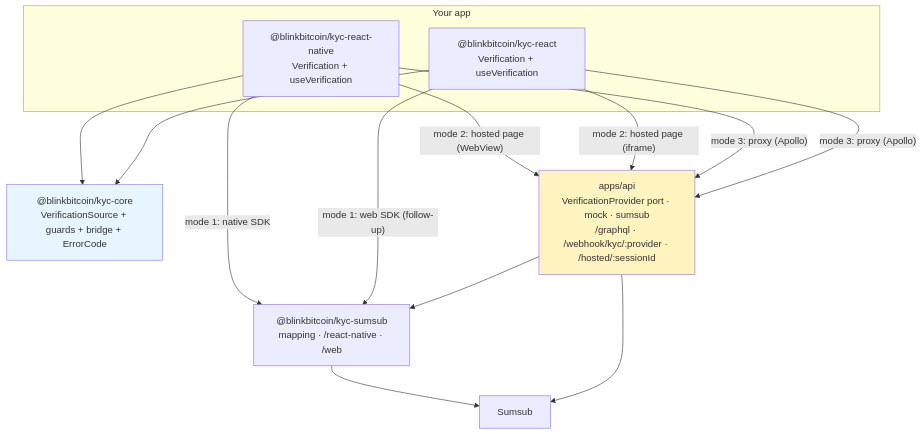
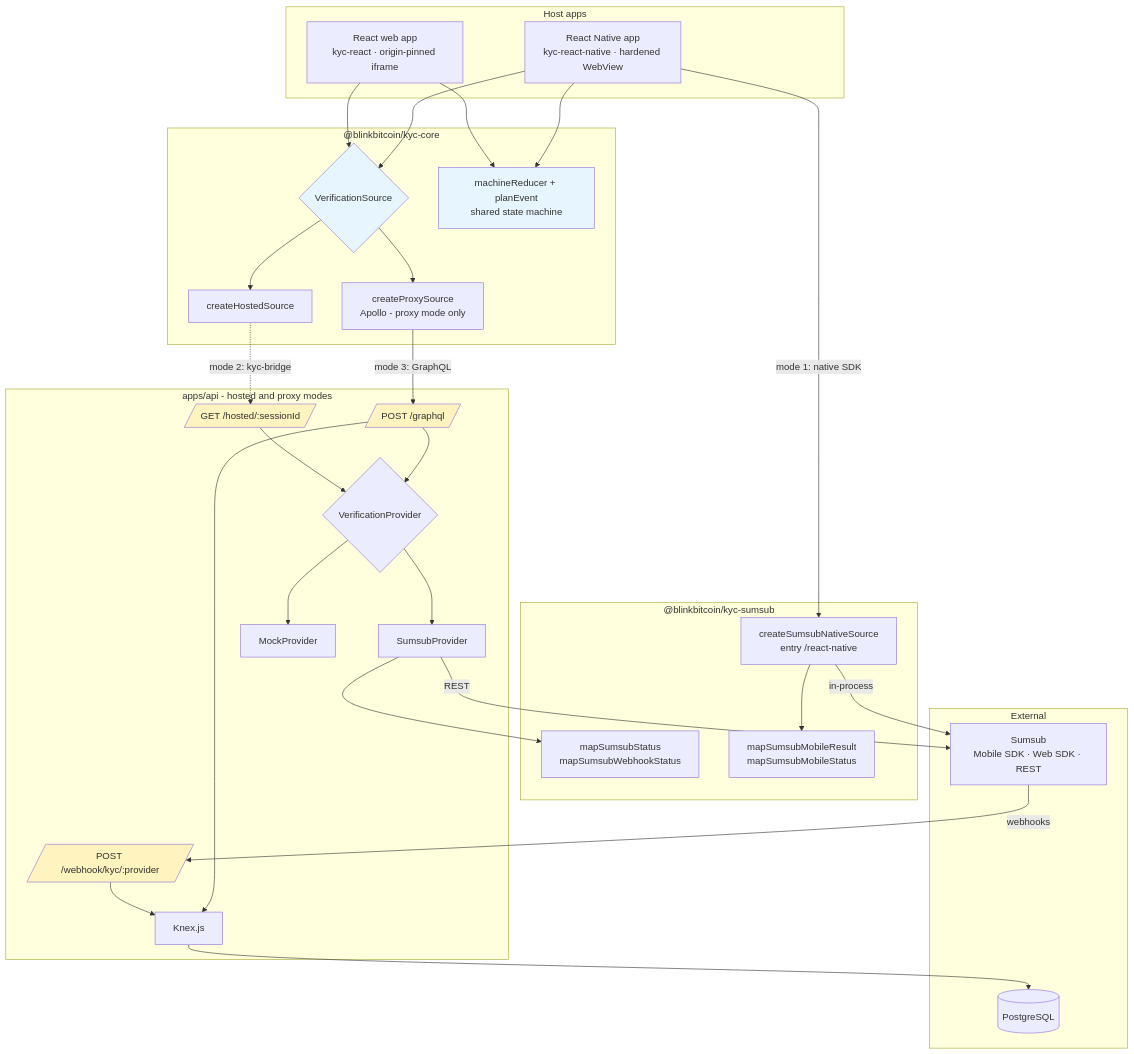
The diagram in docs/diagrams/src/system-architecture.mmd (blinkbitcoin/kyc), drawn with Mermaid before and after one commit. The commit also changed 18 other files, not shown here.

Commit message:
docs: add the eight architecture diagrams and their rendered SVGs

```diff
--- a/docs/diagrams/src/system-architecture.mmd
+++ b/docs/diagrams/src/system-architecture.mmd
@@ -1,22 +1,59 @@
 flowchart TB
-  subgraph host["Your app"]
-    RN["@blinkbitcoin/kyc-react-native<br/>Verification + useVerification"]
-    WEB["@blinkbitcoin/kyc-react<br/>Verification + useVerification"]
-  end
-  CORE["@blinkbitcoin/kyc-core<br/>VerificationSource + guards + bridge + ErrorCode"]
-  SUMSUB["@blinkbitcoin/kyc-sumsub<br/>mapping · /react-native · /web"]
-  API["apps/api<br/>VerificationProvider port · mock · sumsub<br/>/graphql · /webhook/kyc/:provider · /hosted/:sessionId"]
-  PROVIDER["Sumsub"]
-  RN --> CORE
-  WEB --> CORE
-  RN -- "mode 1: native SDK" --> SUMSUB
-  WEB -- "mode 1: web SDK (follow-up)" --> SUMSUB
-  RN -- "mode 2: hosted page (WebView)" --> API
-  WEB -- "mode 2: hosted page (iframe)" --> API
-  RN -- "mode 3: proxy (Apollo)" --> API
-  WEB -- "mode 3: proxy (Apollo)" --> API
-  SUMSUB --> PROVIDER
-  API --> SUMSUB
-  API --> PROVIDER
-  style CORE fill:#e7f5ff
-  style API fill:#fff3bf
+    subgraph Hosts["Host apps"]
+        RN[React Native app<br/>kyc-react-native · hardened WebView]
+        WEB[React web app<br/>kyc-react · origin-pinned iframe]
+    end
+
+    subgraph Core["@blinkbitcoin/kyc-core"]
+        SRC{VerificationSource}
+        MACHINE[machineReducer + planEvent<br/>shared state machine]
+        HOSTED[createHostedSource]
+        PROXY[createProxySource<br/>Apollo - proxy mode only]
+    end
+
+    subgraph Sumsub["@blinkbitcoin/kyc-sumsub"]
+        MAP[mapSumsubStatus<br/>mapSumsubWebhookStatus]
+        NATIVEMAP[mapSumsubMobileResult<br/>mapSumsubMobileStatus]
+        NATIVE[createSumsubNativeSource<br/>entry /react-native]
+    end
+
+    subgraph Backend["apps/api - hosted and proxy modes"]
+        GQL[/"POST /graphql"/]
+        PAGE[/"GET /hosted/:sessionId"/]
+        WH[/"POST /webhook/kyc/:provider"/]
+        PROV{VerificationProvider}
+        SUMP[SumsubProvider]
+        MOCK[MockProvider]
+        KNEX[Knex.js]
+    end
+
+    subgraph External["External"]
+        SDK[Sumsub<br/>Mobile SDK · Web SDK · REST]
+        DB[(PostgreSQL)]
+    end
+
+    RN --> SRC
+    WEB --> SRC
+    RN --> MACHINE
+    WEB --> MACHINE
+    SRC --> HOSTED & PROXY
+    RN -- "mode 1: native SDK" --> NATIVE
+    NATIVE --> NATIVEMAP
+    NATIVE -- "in-process" --> SDK
+    HOSTED -. "mode 2: kyc-bridge" .-> PAGE
+    PROXY -- "mode 3: GraphQL" --> GQL
+    GQL --> PROV
+    PAGE --> PROV
+    PROV --> SUMP & MOCK
+    SUMP --> MAP
+    SUMP -- "REST" --> SDK
+    SDK -- "webhooks" --> WH
+    GQL --> KNEX
+    WH --> KNEX
+    KNEX --> DB
+
+    style SRC fill:#e7f5ff
+    style MACHINE fill:#e7f5ff
+    style GQL fill:#fff3bf
+    style PAGE fill:#fff3bf
+    style WH fill:#fff3bf
```
